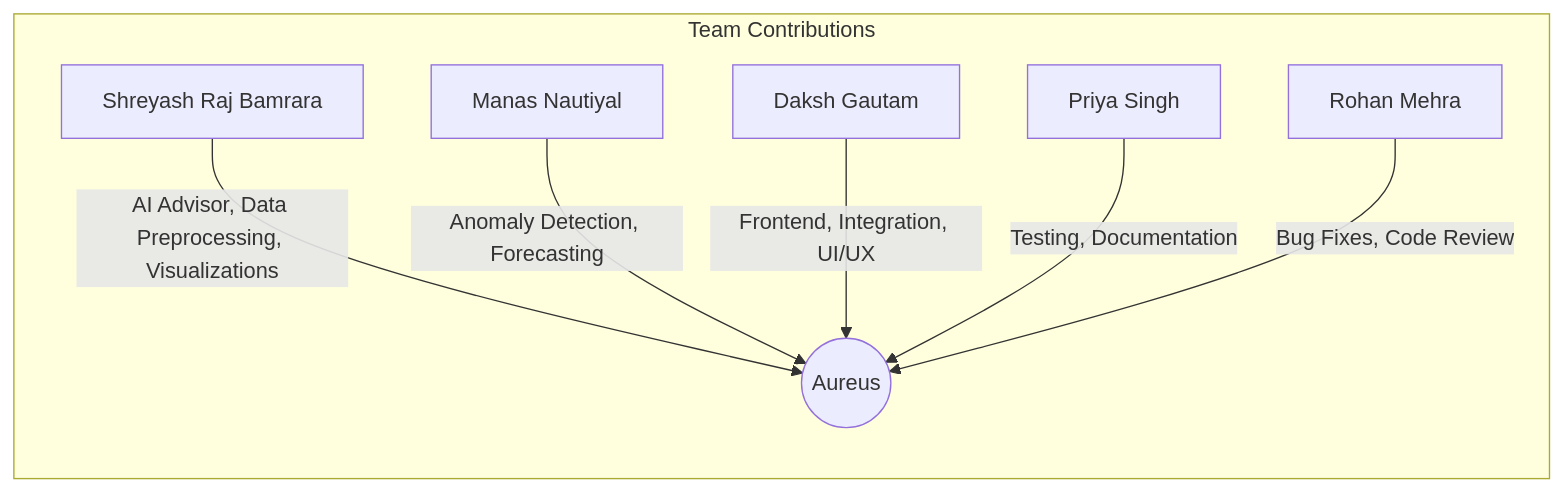
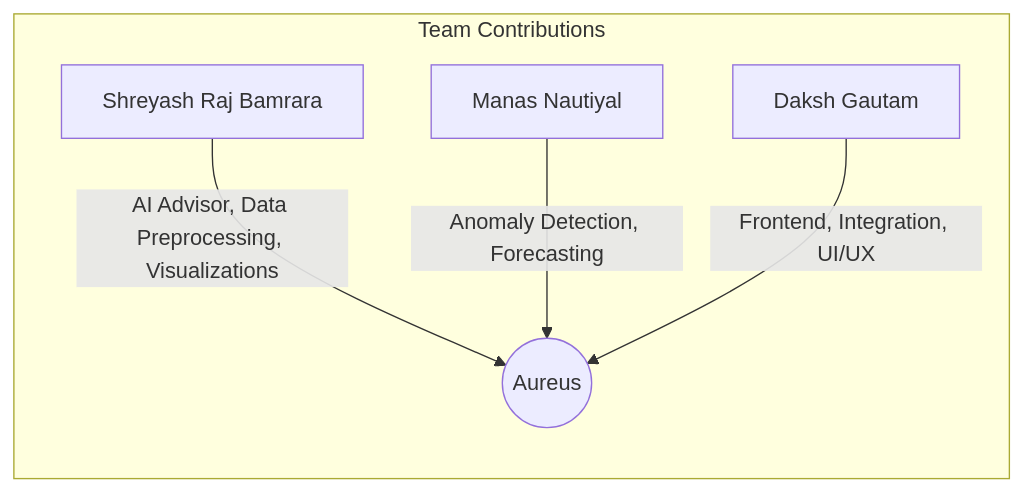
One commit to ShreyashRajBamrara/Aureus changed the diagram in CONTRIBUTING.md. Above: the diagram before and after it, drawn with Mermaid. The commit also changed other lines of this file and 2 other files, not shown here.

````diff
--- a/CONTRIBUTING.md
+++ b/CONTRIBUTING.md
@@ -26,11 +26,9 @@
 ```mermaid
 flowchart LR
     subgraph Team Contributions
         A1[Shreyash Raj Bamrara] -->|AI Advisor, Data Preprocessing, Visualizations| Project
         A2[Manas Nautiyal] -->|Anomaly Detection, Forecasting| Project
         A3[Daksh Gautam] -->|Frontend, Integration, UI/UX| Project
-        A4[Priya Singh] -->|Testing, Documentation| Project
-        A5[Rohan Mehra] -->|Bug Fixes, Code Review| Project
     end
     Project((Aureus))
 ```
````
